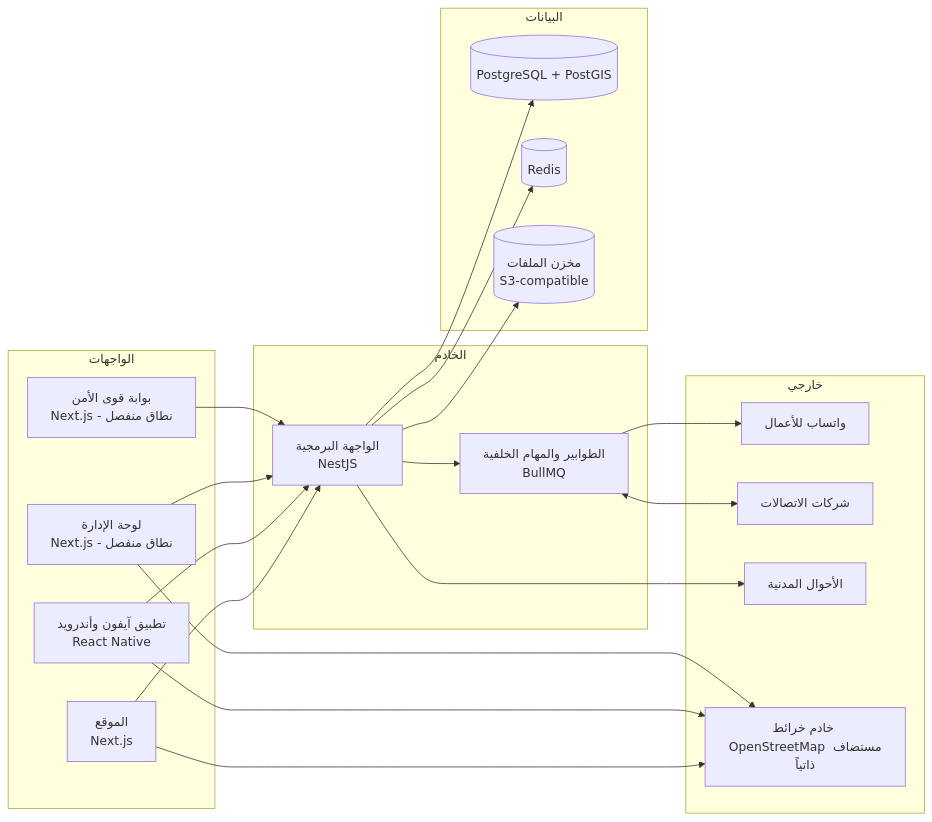
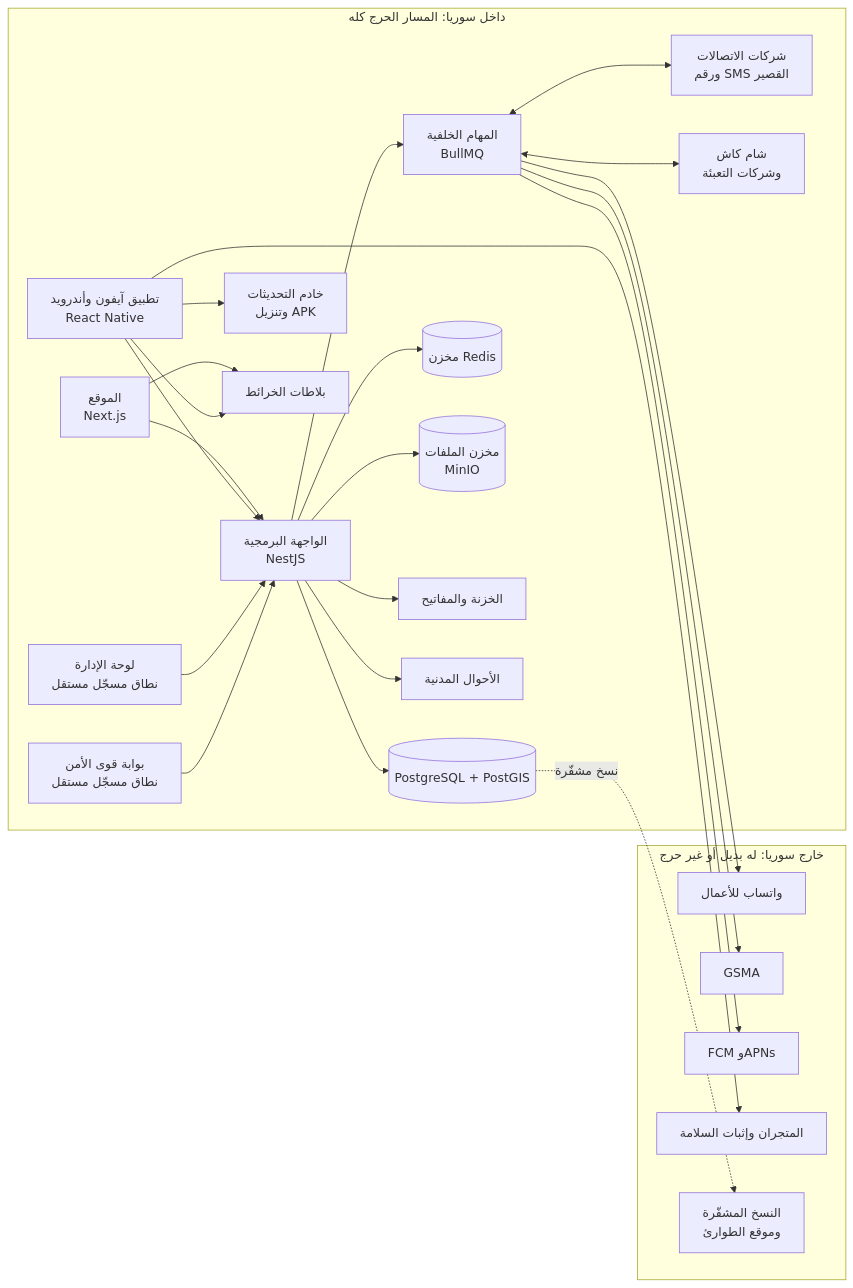
The diagram in docs/10-architecture-and-tech-stack.md (servacode/imei), drawn with Mermaid before and after one commit. The commit also changed other lines of this file and 2 other files, not shown here.

````diff
--- a/docs/10-architecture-and-tech-stack.md
+++ b/docs/10-architecture-and-tech-stack.md
@@ -18,38 +19,47 @@
 ```mermaid
 flowchart LR
-    subgraph UI [الواجهات]
-        W[الموقع<br/>Next.js]
-        M[تطبيق آيفون وأندرويد<br/>React Native]
-        AD[لوحة الإدارة<br/>Next.js - نطاق منفصل]
-        PO[بوابة قوى الأمن<br/>Next.js - نطاق منفصل]
+    subgraph SY ["داخل سوريا: المسار الحرج كله"]
+        W["الموقع<br/>Next.js"]
+        M["تطبيق آيفون وأندرويد<br/>React Native"]
+        AD["لوحة الإدارة<br/>نطاق مسجّل مستقل"]
+        PO["بوابة قوى الأمن<br/>نطاق مسجّل مستقل"]
+        API["الواجهة البرمجية<br/>NestJS"]
+        Q["المهام الخلفية<br/>BullMQ"]
+        DB[("PostgreSQL + PostGIS")]
+        R[("مخزن Redis")]
+        S[("مخزن الملفات<br/>MinIO")]
+        V["الخزنة والمفاتيح"]
+        OTA["خادم التحديثات<br/>وتنزيل APK"]
+        MAP["بلاطات الخرائط"]
+        TEL["شركات الاتصالات<br/>ورقم SMS القصير"]
+        CIV["الأحوال المدنية"]
+        PAY["شام كاش<br/>وشركات التعبئة"]
     end
-    subgraph BE [الخادم]
-        API[الواجهة البرمجية<br/>NestJS]
-        Q[الطوابير والمهام الخلفية<br/>BullMQ]
-    end
-    subgraph DATA [البيانات]
-        DB[(PostgreSQL + PostGIS)]
-        R[(Redis)]
-        S[(مخزن الملفات<br/>S3-compatible)]
-    end
-    subgraph EXT [خارجي]
-        WA[واتساب للأعمال]
-        TEL[شركات الاتصالات]
-        CIV[الأحوال المدنية]
-        MAP[خادم خرائط OpenStreetMap مستضاف ذاتياً]
+    subgraph OUT ["خارج سوريا: له بديل أو غير حرج"]
+        WA["واتساب للأعمال"]
+        GS["GSMA"]
+        PUSH["FCM وAPNs"]
+        ST["المتجران وإثبات السلامة"]
+        DR["النسخ المشفّرة<br/>وموقع الطوارئ"]
     end
     W --> API
     M --> API
     AD --> API
     PO --> API
     API --> DB
     API --> R
     API --> S
+    API --> V
     API --> Q
-    Q --> WA
     Q <--> TEL
     API --> CIV
+    Q <--> PAY
+    M --> OTA
     W --> MAP
     M --> MAP
-    AD --> MAP
+    Q --> WA
+    Q --> GS
+    Q --> PUSH
+    M --> ST
+    DB -. "نسخ مشفّرة" .-> DR
 ```
````
